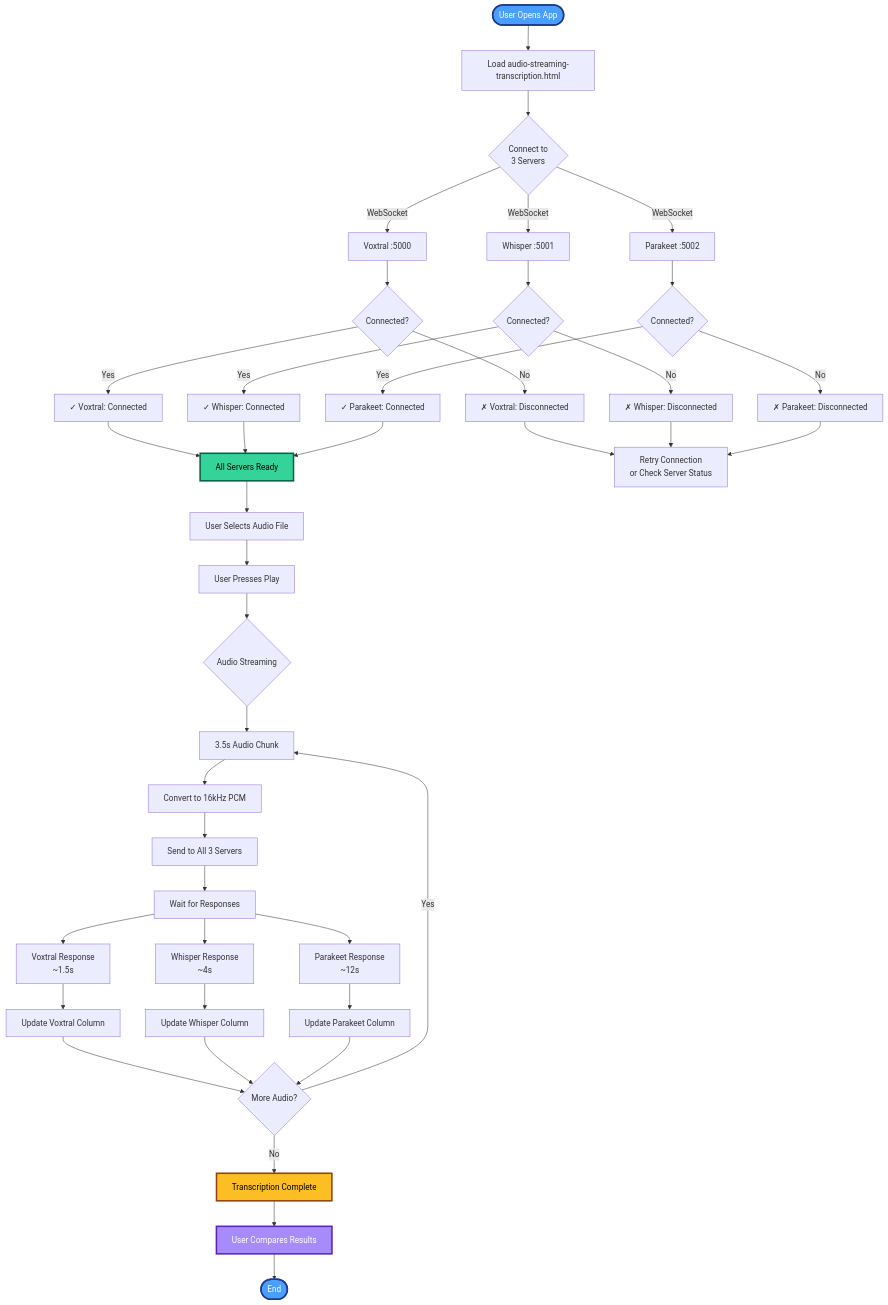
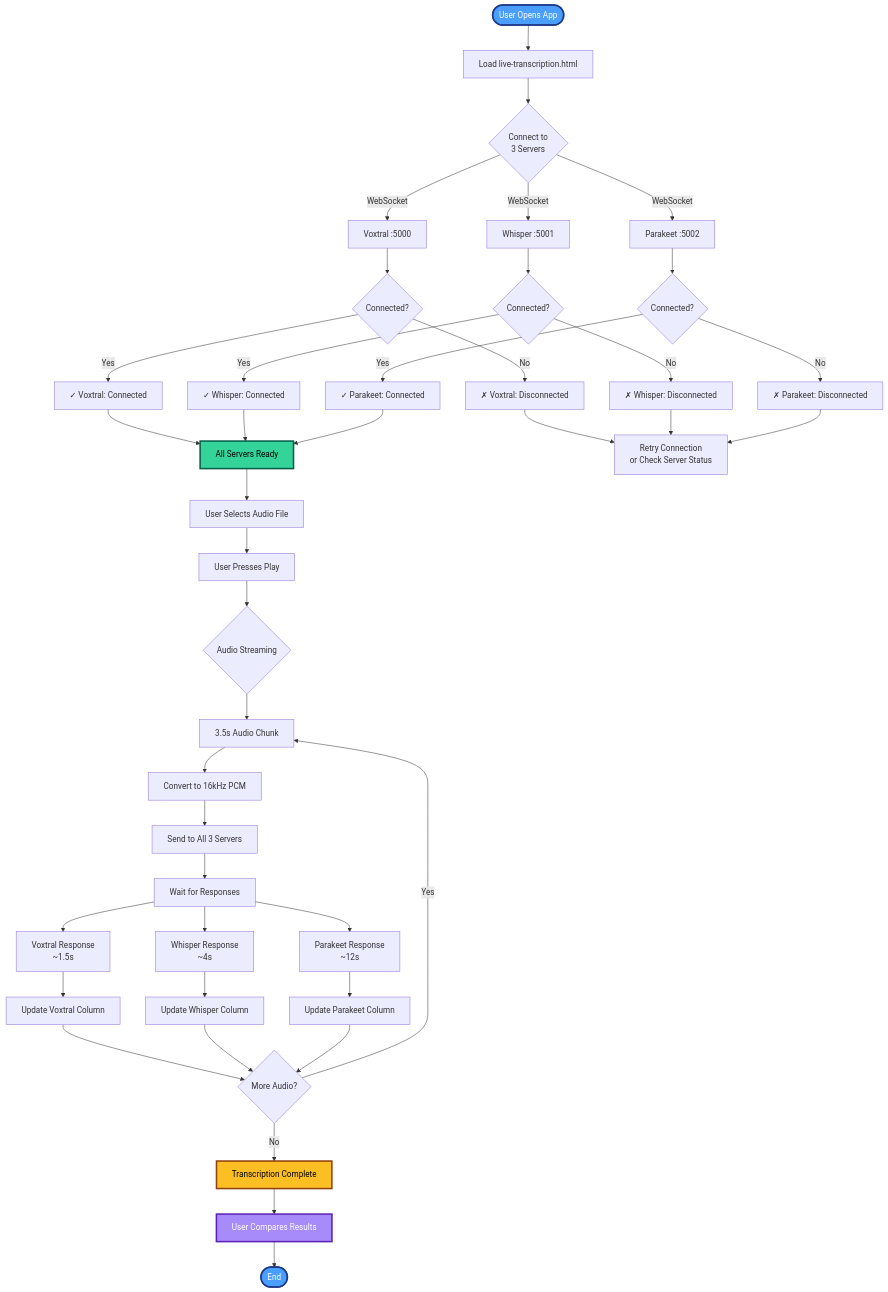
One commit to gjovanov/speech2text changed the fourth of 6 diagrams in README.md. Above: the diagram before and after it, drawn with Mermaid. The commit also changed other lines of this file and 16 other files, not shown here.

````diff
--- a/README.md
+++ b/README.md
@@ -201,56 +201,56 @@
 ```mermaid
 flowchart TD
-    Start([User Opens App]) --> LoadPage[Load audio-streaming-transcription.html]
+    Start([User Opens App]) --> LoadPage[Load live-transcription.html]
     LoadPage --> Connect{Connect to<br/>3 Servers}
 
     Connect -->|WebSocket| Server1[Voxtral :5000]
     Connect -->|WebSocket| Server2[Whisper :5001]
     Connect -->|WebSocket| Server3[Parakeet :5002]
 
     Server1 --> Check1{Connected?}
     Server2 --> Check2{Connected?}
     Server3 --> Check3{Connected?}
 
     Check1 -->|Yes| Status1[✓ Voxtral: Connected]
     Check1 -->|No| Error1[✗ Voxtral: Disconnected]
     Check2 -->|Yes| Status2[✓ Whisper: Connected]
     Check2 -->|No| Error2[✗ Whisper: Disconnected]
     Check3 -->|Yes| Status3[✓ Parakeet: Connected]
     Check3 -->|No| Error3[✗ Parakeet: Disconnected]
 
     Status1 & Status2 & Status3 --> AllReady[All Servers Ready]
     AllReady --> SelectAudio[User Selects Audio File]
 
     SelectAudio --> Play[User Presses Play]
     Play --> Stream{Audio Streaming}
 
     Stream --> Chunk[3.5s Audio Chunk]
     Chunk --> Process[Convert to 16kHz PCM]
     Process --> SendAll[Send to All 3 Servers]
 
     SendAll --> Wait[Wait for Responses]
 
     Wait --> R1[Voxtral Response<br/>~1.5s]
     Wait --> R2[Whisper Response<br/>~4s]
     Wait --> R3[Parakeet Response<br/>~12s]
 
     R1 --> Display1[Update Voxtral Column]
     R2 --> Display2[Update Whisper Column]
     R3 --> Display3[Update Parakeet Column]
 
     Display1 & Display2 & Display3 --> Continue{More Audio?}
 
     Continue -->|Yes| Chunk
     Continue -->|No| Complete[Transcription Complete]
 
     Complete --> Compare[User Compares Results]
     Compare --> End([End])
 
     Error1 & Error2 & Error3 --> Retry[Retry Connection<br/>or Check Server Status]
 
     style Start fill:#4a9eff,stroke:#1e3a8a,stroke-width:3px,color:#fff
     style AllReady fill:#34d399,stroke:#065f46,stroke-width:3px,color:#000
     style Complete fill:#fbbf24,stroke:#92400e,stroke-width:3px,color:#000
     style Compare fill:#a78bfa,stroke:#5b21b6,stroke-width:3px,color:#fff
     style End fill:#4a9eff,stroke:#1e3a8a,stroke-width:3px,color:#fff
 ```
````
